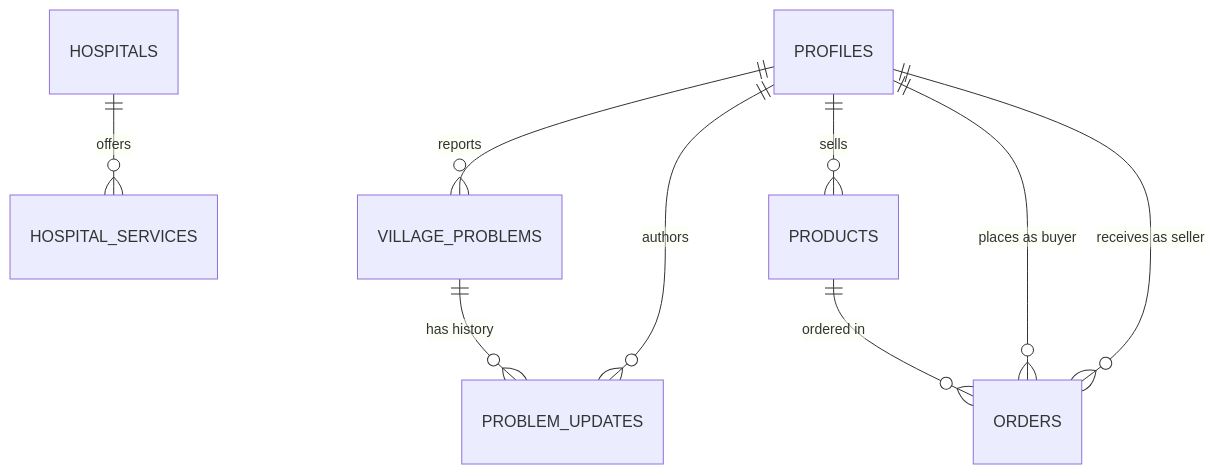
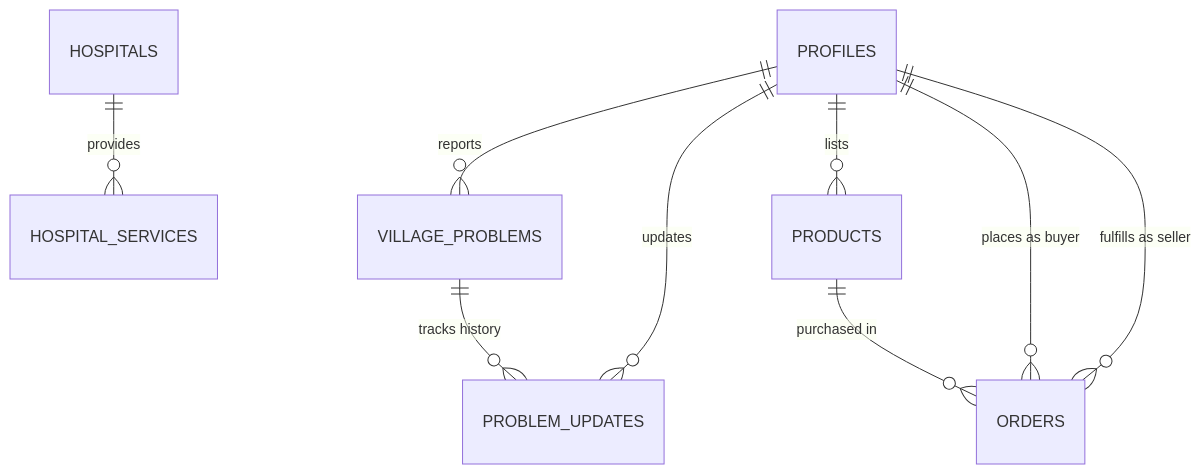
Before and after one commit to Gram-Mitra/gram-mitra-backend: the diagram in README.md, drawn with Mermaid. The commit also changed other lines of this file and 1 other file, not shown here.

````diff
--- a/README.md
+++ b/README.md
@@ -155,11 +396,11 @@
 ```mermaid
 erDiagram
     PROFILES ||--o{ VILLAGE_PROBLEMS : "reports"
-    PROFILES ||--o{ PROBLEM_UPDATES : "authors"
-    PROFILES ||--o{ PRODUCTS : "sells"
+    PROFILES ||--o{ PROBLEM_UPDATES : "updates"
+    PROFILES ||--o{ PRODUCTS : "lists"
     PROFILES ||--o{ ORDERS : "places as buyer"
-    PROFILES ||--o{ ORDERS : "receives as seller"
-    HOSPITALS ||--o{ HOSPITAL_SERVICES : "offers"
-    VILLAGE_PROBLEMS ||--o{ PROBLEM_UPDATES : "has history"
-    PRODUCTS ||--o{ ORDERS : "ordered in"
+    PROFILES ||--o{ ORDERS : "fulfills as seller"
+    HOSPITALS ||--o{ HOSPITAL_SERVICES : "provides"
+    VILLAGE_PROBLEMS ||--o{ PROBLEM_UPDATES : "tracks history"
+    PRODUCTS ||--o{ ORDERS : "purchased in"
 ```
````
